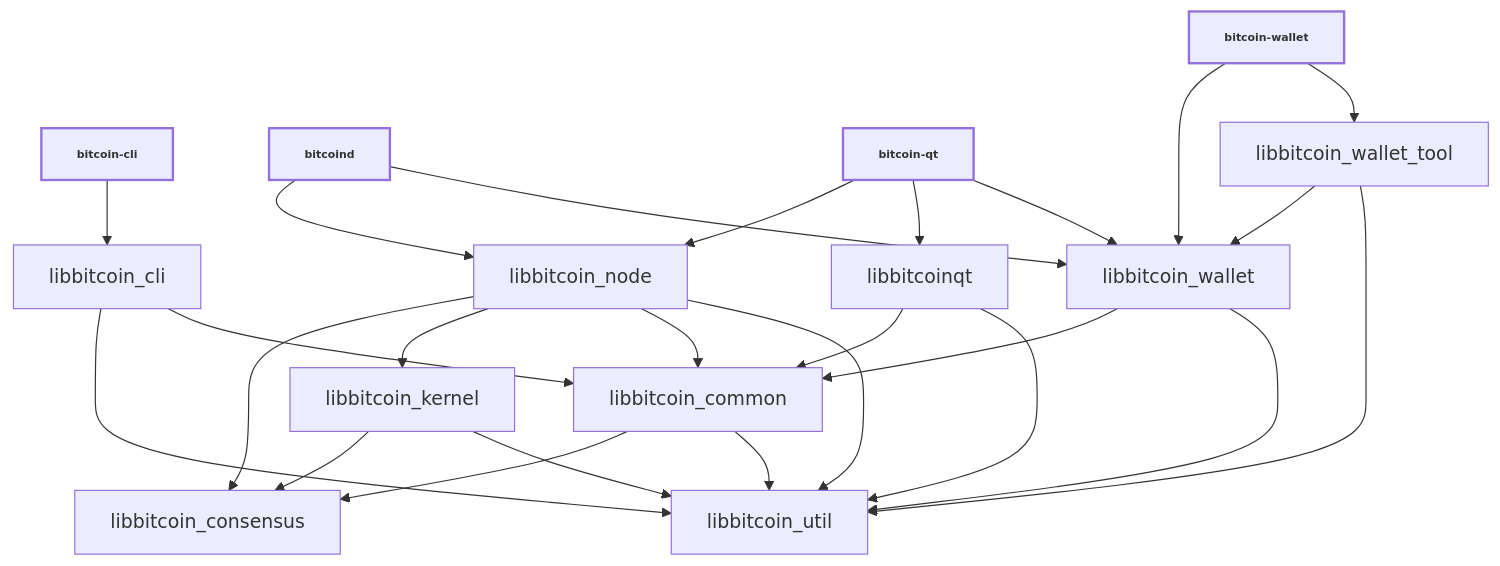
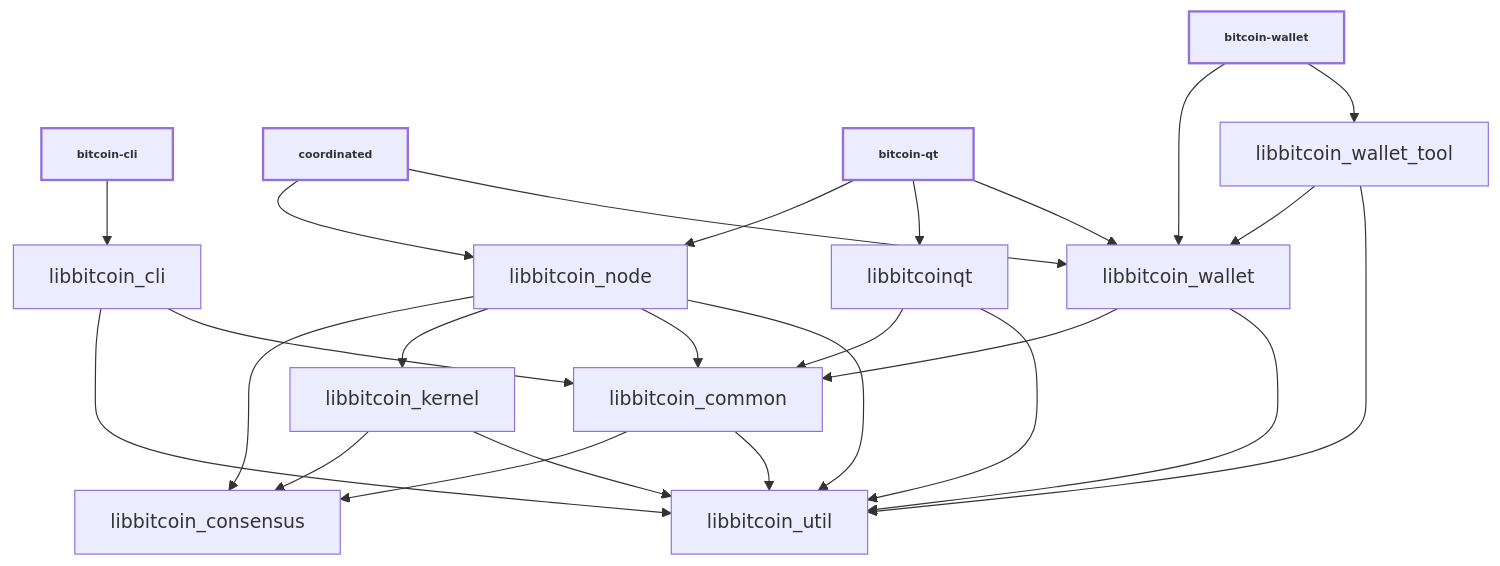
The diagram in doc/design/libraries.md (AnduroProject/coordinate), drawn with Mermaid before and after one commit. The commit also changed other lines of this file and 207 other files, not shown here.

````diff
--- a/doc/design/libraries.md
+++ b/doc/design/libraries.md
@@ -36,44 +36,44 @@
 ```mermaid
 
 %%{ init : { "flowchart" : { "curve" : "basis" }}}%%
 
 graph TD;
 
 bitcoin-cli[bitcoin-cli]-->libbitcoin_cli;
 
-bitcoind[bitcoind]-->libbitcoin_node;
-bitcoind[bitcoind]-->libbitcoin_wallet;
+coordinated[coordinated]-->libbitcoin_node;
+coordinated[coordinated]-->libbitcoin_wallet;
 
 bitcoin-qt[bitcoin-qt]-->libbitcoin_node;
 bitcoin-qt[bitcoin-qt]-->libbitcoinqt;
 bitcoin-qt[bitcoin-qt]-->libbitcoin_wallet;
 
 bitcoin-wallet[bitcoin-wallet]-->libbitcoin_wallet;
 bitcoin-wallet[bitcoin-wallet]-->libbitcoin_wallet_tool;
 
 libbitcoin_cli-->libbitcoin_util;
 libbitcoin_cli-->libbitcoin_common;
 
 libbitcoin_common-->libbitcoin_consensus;
 libbitcoin_common-->libbitcoin_util;
 
 libbitcoin_kernel-->libbitcoin_consensus;
 libbitcoin_kernel-->libbitcoin_util;
 
 libbitcoin_node-->libbitcoin_consensus;
 libbitcoin_node-->libbitcoin_kernel;
 libbitcoin_node-->libbitcoin_common;
 libbitcoin_node-->libbitcoin_util;
 
 libbitcoinqt-->libbitcoin_common;
 libbitcoinqt-->libbitcoin_util;
 
 libbitcoin_wallet-->libbitcoin_common;
 libbitcoin_wallet-->libbitcoin_util;
 
 libbitcoin_wallet_tool-->libbitcoin_wallet;
 libbitcoin_wallet_tool-->libbitcoin_util;
 
 classDef bold stroke-width:2px, font-weight:bold, font-size: smaller;
-class bitcoin-qt,bitcoind,bitcoin-cli,bitcoin-wallet bold
+class bitcoin-qt,coordinated,bitcoin-cli,bitcoin-wallet bold
 ```
````
